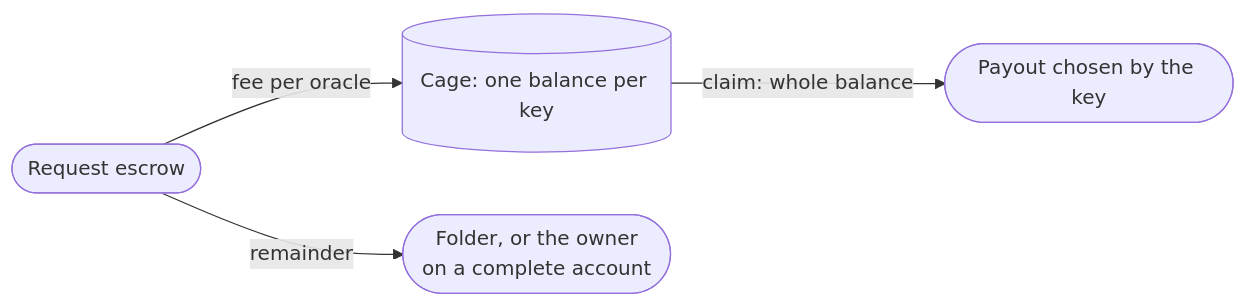
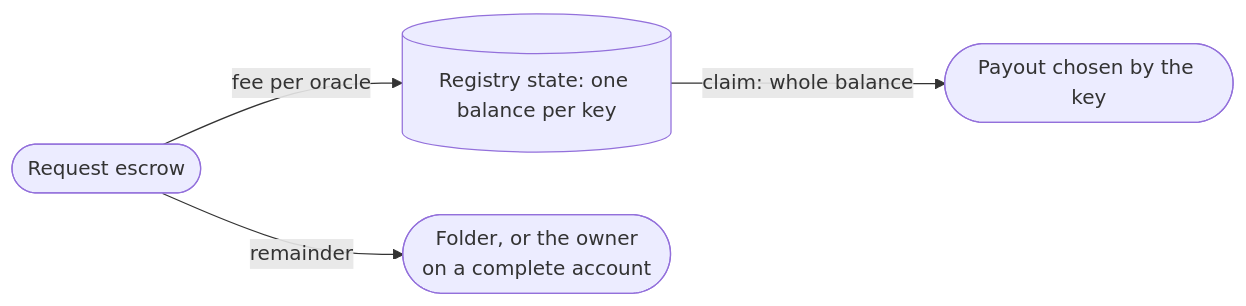
The fifth of 7 diagrams in docs/design/registries/open-mpfs.md (cardano-foundation/cardano-mpfs-onchain), drawn with Mermaid before and after one commit. The commit also changed other lines of this file and 8 other files, not shown here.

Commit message:
docs: call the on-chain output the registry state, not the cage

````diff
--- a/docs/design/registries/open-mpfs.md
+++ b/docs/design/registries/open-mpfs.md
@@ -309,6 +317,6 @@
 ```mermaid
 flowchart LR
-  req([Request escrow]) -- "fee per oracle" --> cage[(Cage: one balance per key)]
+  req([Request escrow]) -- "fee per oracle" --> cage[(Registry state: one balance per key)]
   req -- "remainder" --> folder([Folder, or the owner<br/>on a complete account])
   cage -- "claim: whole balance" --> payout([Payout chosen by the key])
 ```
````
